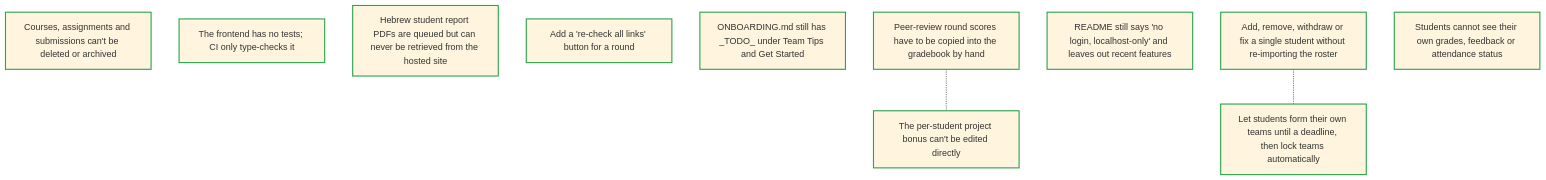
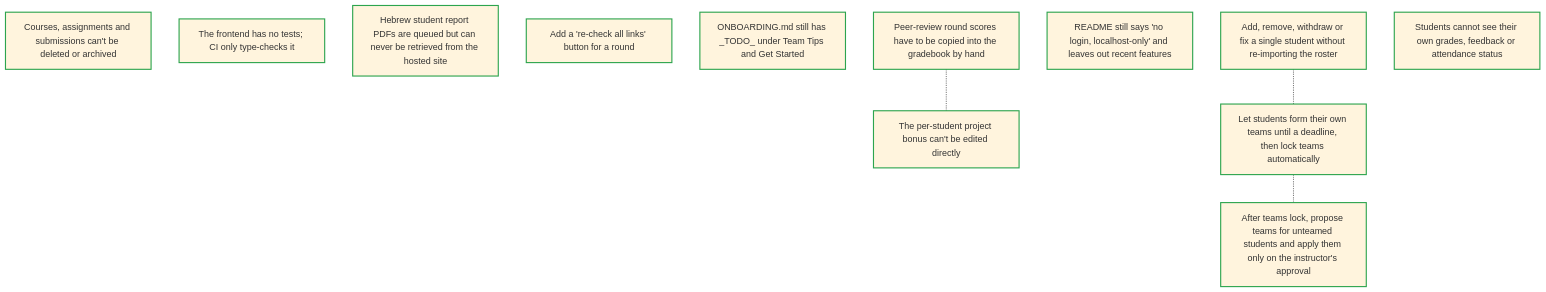
Before and after one commit to gald33/course-grader: the diagram in roadmap/ROADMAP.md, drawn with Mermaid (base theme). The commit also changed other lines of this file and 8 other files, not shown here.

First line of the commit message:
Propose team placements for unteamed students; apply only on instructor approval

````diff
--- a/roadmap/ROADMAP.md
+++ b/roadmap/ROADMAP.md
@@ -45,22 +48,24 @@
 ```mermaid
 graph TD
   classDef ready stroke:#2da44e,stroke-width:2px
   classDef deferred stroke:#9a6700,stroke-width:1px,stroke-dasharray:4 3
   classDef blocked stroke:#cf222e,stroke-width:2px
   classDef claimed stroke:#8250df,stroke-width:2px
   classDef verifying stroke:#0969da,stroke-width:2px,stroke-dasharray:6 3
   classDef done stroke:#8c959f,stroke-width:1px,stroke-dasharray:5 4
   courses_and_submissions_cannot_be_deleted["Courses, assignments and submissions can't be deleted or archived"]:::ready
   frontend_has_no_tests["The frontend has no tests; CI only type-checks it"]:::ready
   hebrew_report_pdfs_cannot_be_downloaded["Hebrew student report PDFs are queued but can never be retrieved from the hosted site"]:::ready
   no_button_to_recheck_site_links["Add a 're-check all links' button for a round"]:::ready
   onboarding_guide_has_todo_sections["ONBOARDING.md still has _TODO_ under Team Tips and Get Started"]:::ready
   peer_round_scores_never_reach_the_gradebook["Peer-review round scores have to be copied into the gradebook by hand"]:::ready
   project_bonus_has_no_editor["The per-student project bonus can't be edited directly"]:::ready
   readme_describes_a_localhost_only_app["README still says 'no login, localhost-only' and leaves out recent features"]:::ready
   roster_cannot_be_edited_per_student["Add, remove, withdraw or fix a single student without re-importing the roster"]:::ready
   students_cannot_see_their_own_grades["Students cannot see their own grades, feedback or attendance status"]:::ready
   team_formation_closes_at_a_deadline["Let students form their own teams until a deadline, then lock teams automatically"]:::ready
+  unteamed_students_need_instructor_approved_auto_assign["After teams lock, propose teams for unteamed students and apply them only on the instructor's approval"]:::ready
   peer_round_scores_never_reach_the_gradebook -.- project_bonus_has_no_editor
   roster_cannot_be_edited_per_student -.- team_formation_closes_at_a_deadline
+  team_formation_closes_at_a_deadline -.- unteamed_students_need_instructor_approved_auto_assign
 ```
````
